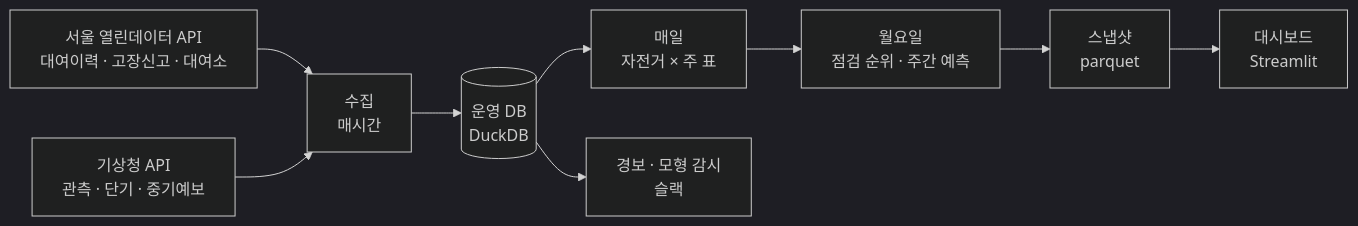
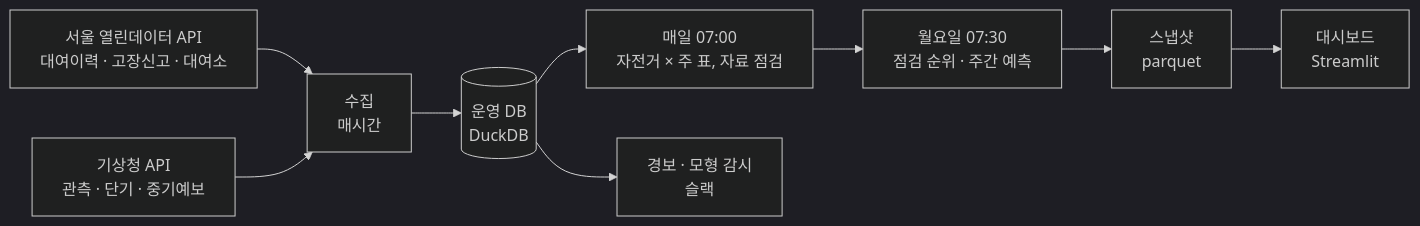
Before and after one commit to Junyeop-Shin/dareungi: the diagram in README.md, drawn with Mermaid (dark theme). The commit also changed other lines of this file and 2 other files, not shown here.

````diff
--- a/README.md
+++ b/README.md
@@ -89,11 +473,11 @@
 ```mermaid
 flowchart LR
   A["서울 열린데이터 API<br>대여이력 · 고장신고 · 대여소"] --> C["수집<br>매시간"]
   B["기상청 API<br>관측 · 단기 · 중기예보"] --> C
   C --> D[("운영 DB<br>DuckDB")]
-  D --> E["매일<br>자전거 × 주 표"]
-  E --> F["월요일<br>점검 순위 · 주간 예측"]
+  D --> E["매일 07:00<br>자전거 × 주 표, 자료 점검"]
+  E --> F["월요일 07:30<br>점검 순위 · 주간 예측"]
   F --> G["스냅샷<br>parquet"]
   G --> H["대시보드<br>Streamlit"]
   D --> I["경보 · 모형 감시<br>슬랙"]
 ```
````
